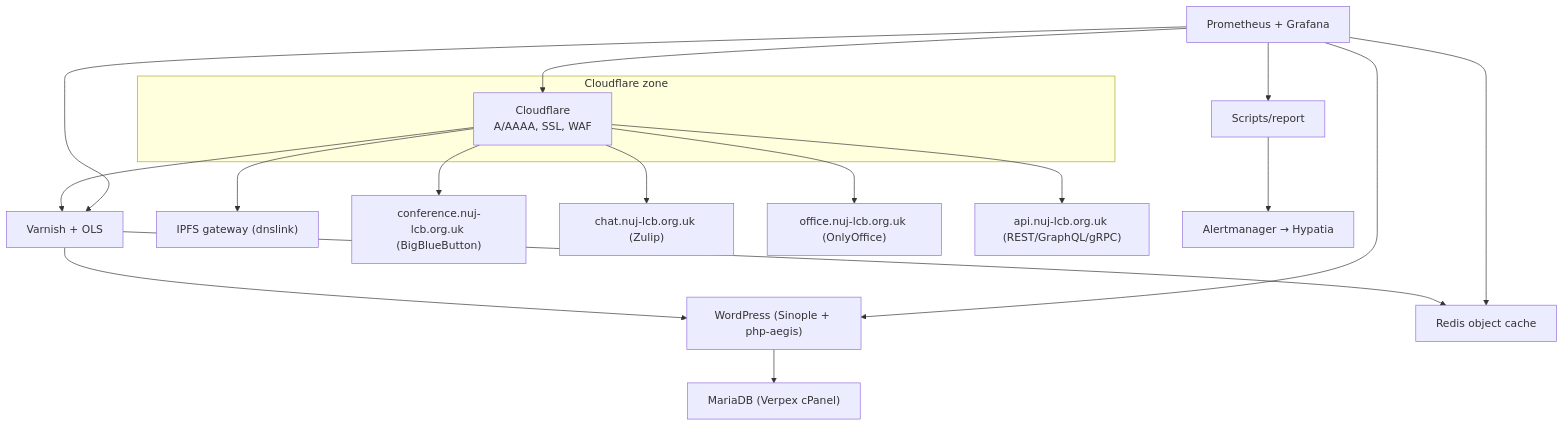
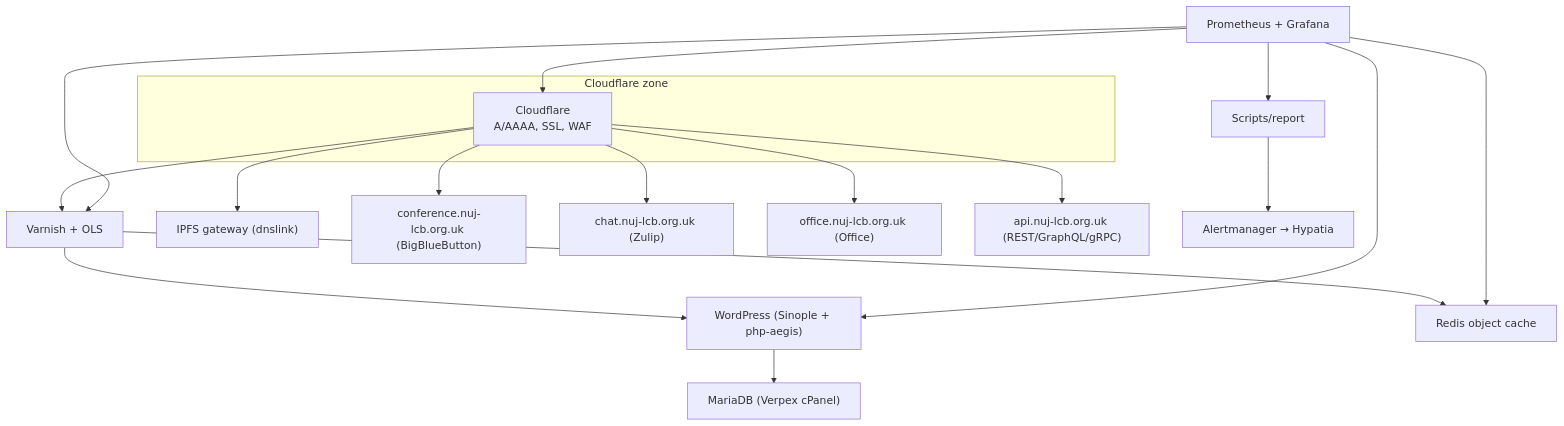
One commit to hyperpolymath/lcb-website changed the diagram in business/public_relations/presentations/topology.adoc. Above: the diagram before and after it, drawn with Mermaid. The commit also changed 20 other files, not shown here.

```diff
--- a/business/public_relations/presentations/topology.adoc
+++ b/business/public_relations/presentations/topology.adoc
@@ -14,22 +14,22 @@
 [mermaid]
 ----
 flowchart TB
   subgraph Cloudflare zone
     CF["Cloudflare
 A/AAAA, SSL, WAF" ]
   end
   CF --> V[Varnish + OLS]
   V --> WP["WordPress (Sinople + php-aegis)"]
   V --> Redis["Redis object cache"]
   CF --> IPFS["IPFS gateway (dnslink)"]
   CF --> Conference["conference.nuj-lcb.org.uk (BigBlueButton)"]
   CF --> Chat["chat.nuj-lcb.org.uk (Zulip)"]
-  CF --> Office["office.nuj-lcb.org.uk (OnlyOffice)"]
+  CF --> Office["office.nuj-lcb.org.uk (Office)"]
   CF --> API["api.nuj-lcb.org.uk (REST/GraphQL/gRPC)"]
   WP --> DB["MariaDB (Verpex cPanel)"]
   VP["Prometheus + Grafana"] --> CF
   VP --> V
   VP --> WP
   VP --> Redis
   VP --> Monitoring["Scripts/report"]; Monitoring --> Alert["Alertmanager → Hypatia"]
 ----
```
